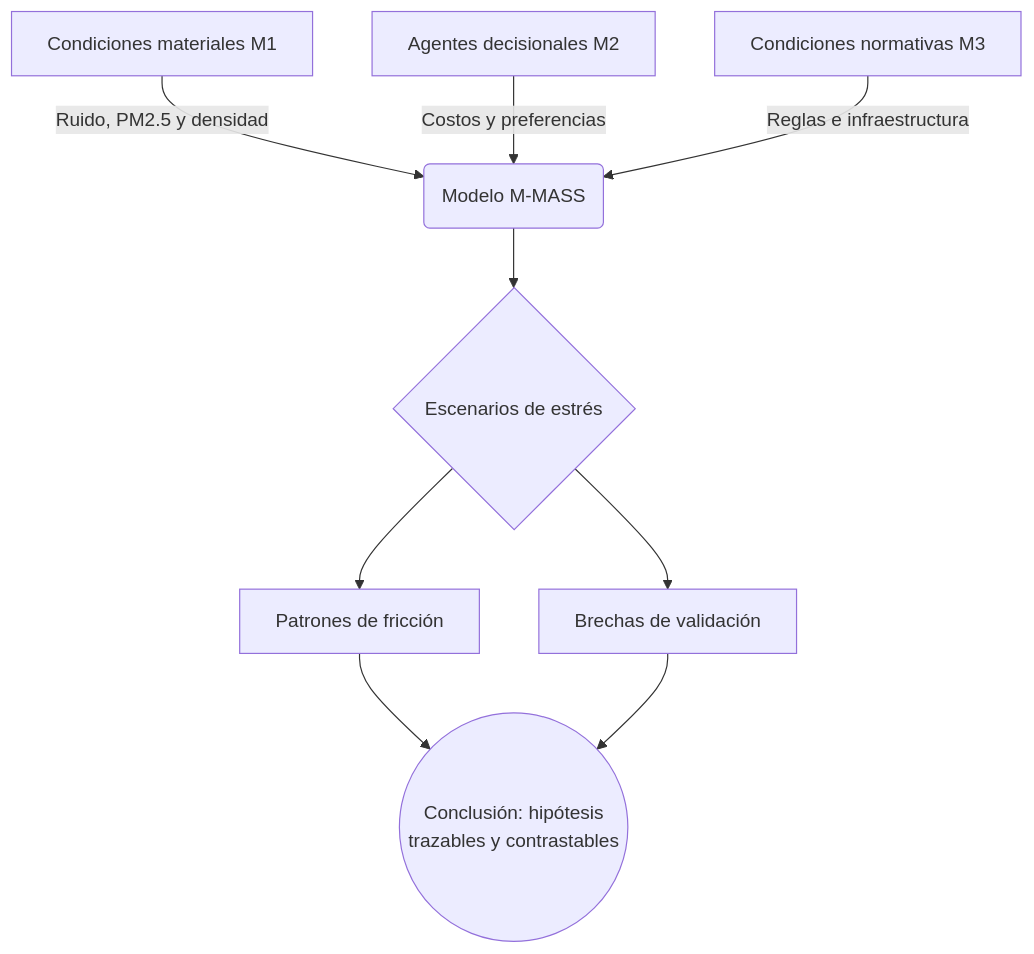
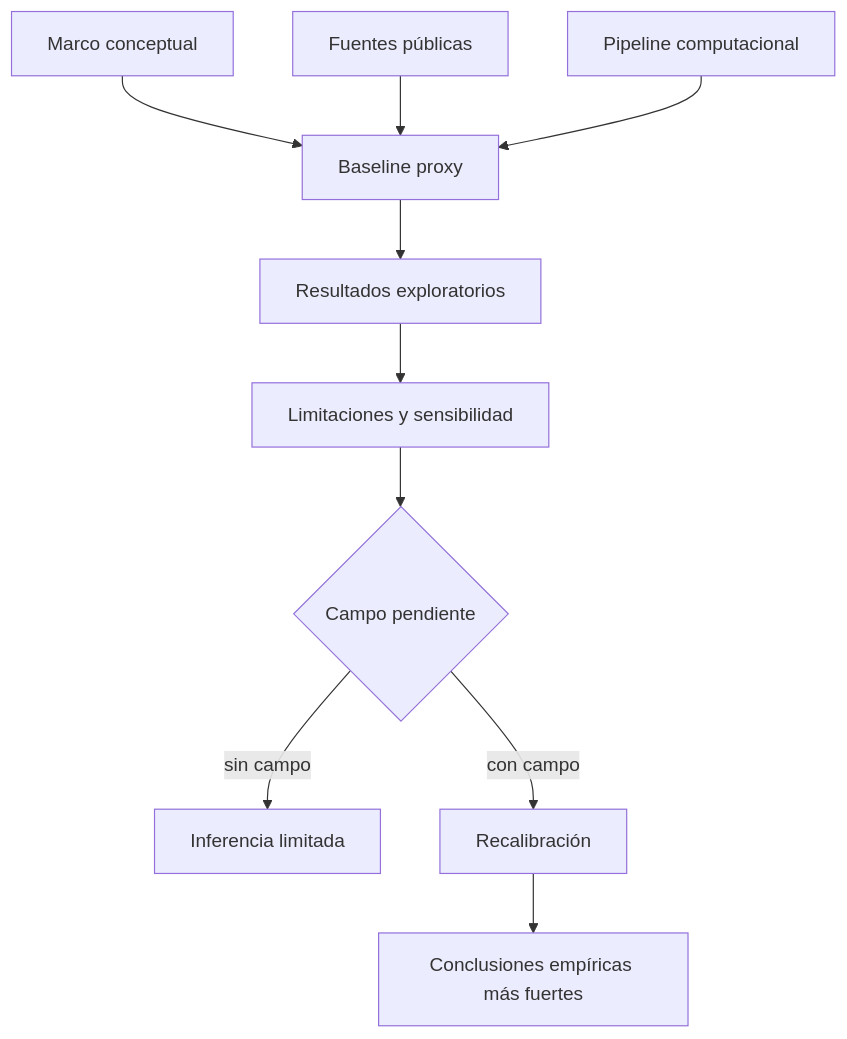
One commit to stevenvo780/FenomenologiaUrbana changed the diagram in tesis/04-conclusiones-y-referencias-bibliograficas.md. Above: the diagram before and after it, drawn with Mermaid. The commit also changed other lines of this file and 7 other files, not shown here.

````diff
--- a/tesis/04-conclusiones-y-referencias-bibliograficas.md
+++ b/tesis/04-conclusiones-y-referencias-bibliograficas.md
@@ -26,10 +122,12 @@
 ```mermaid
 graph TD
-    A[Condiciones materiales M1] -->|Ruido, PM2.5 y densidad| B(Modelo M-MASS)
-    C[Agentes decisionales M2] -->|Costos y preferencias| B
-    D[Condiciones normativas M3] -->|Reglas e infraestructura| B
-    B --> E{Escenarios de estrés}
-    E --> F[Patrones de fricción]
-    E --> G[Brechas de validación]
-    F & G --> H((Conclusión: hipótesis<br>trazables y contrastables))
+    A[Marco conceptual] --> D[Baseline proxy]
+    B[Fuentes públicas] --> D
+    C[Pipeline computacional] --> D
+    D --> E[Resultados exploratorios]
+    E --> F[Limitaciones y sensibilidad]
+    F --> G{Campo pendiente}
+    G -->|sin campo| H[Inferencia limitada]
+    G -->|con campo| I[Recalibración]
+    I --> J[Conclusiones empíricas más fuertes]
 ```
````
